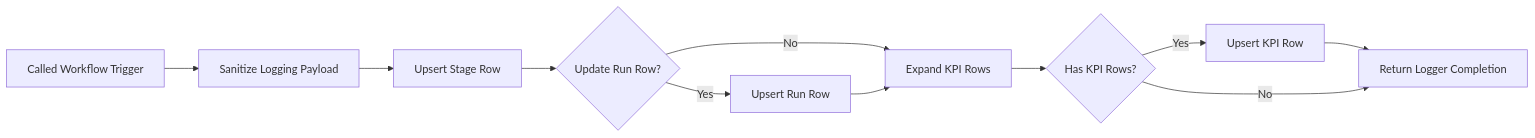
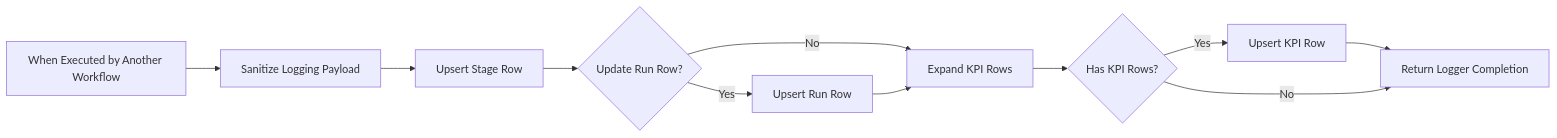
The diagram in workflows/docs/ga4-project-log-writer.md (cizmeli/ga4-ai-analytics-automation), drawn with Mermaid before and after one commit. The commit also changed other lines of this file, not shown here.

Commit message:
docs: correct GA4 log writer caller names

```diff
--- a/workflows/docs/ga4-project-log-writer.md
+++ b/workflows/docs/ga4-project-log-writer.md
@@ -28,10 +28,10 @@
 ~~~mermaid
 flowchart LR
-  T[Called Workflow Trigger] --> S[Sanitize Logging Payload] --> U[Upsert Stage Row] --> RQ{Update Run Row?}
+  T["When Executed by Another Workflow"] --> S[Sanitize Logging Payload] --> U[Upsert Stage Row] --> RQ{Update Run Row?}
   RQ -->|Yes| RU[Upsert Run Row]
   RQ -->|No| K[Expand KPI Rows]
   RU --> K
   K --> HQ{Has KPI Rows?}
   HQ -->|Yes| KP[Upsert KPI Row] --> C[Return Logger Completion]
   HQ -->|No| C
 ~~~
```
